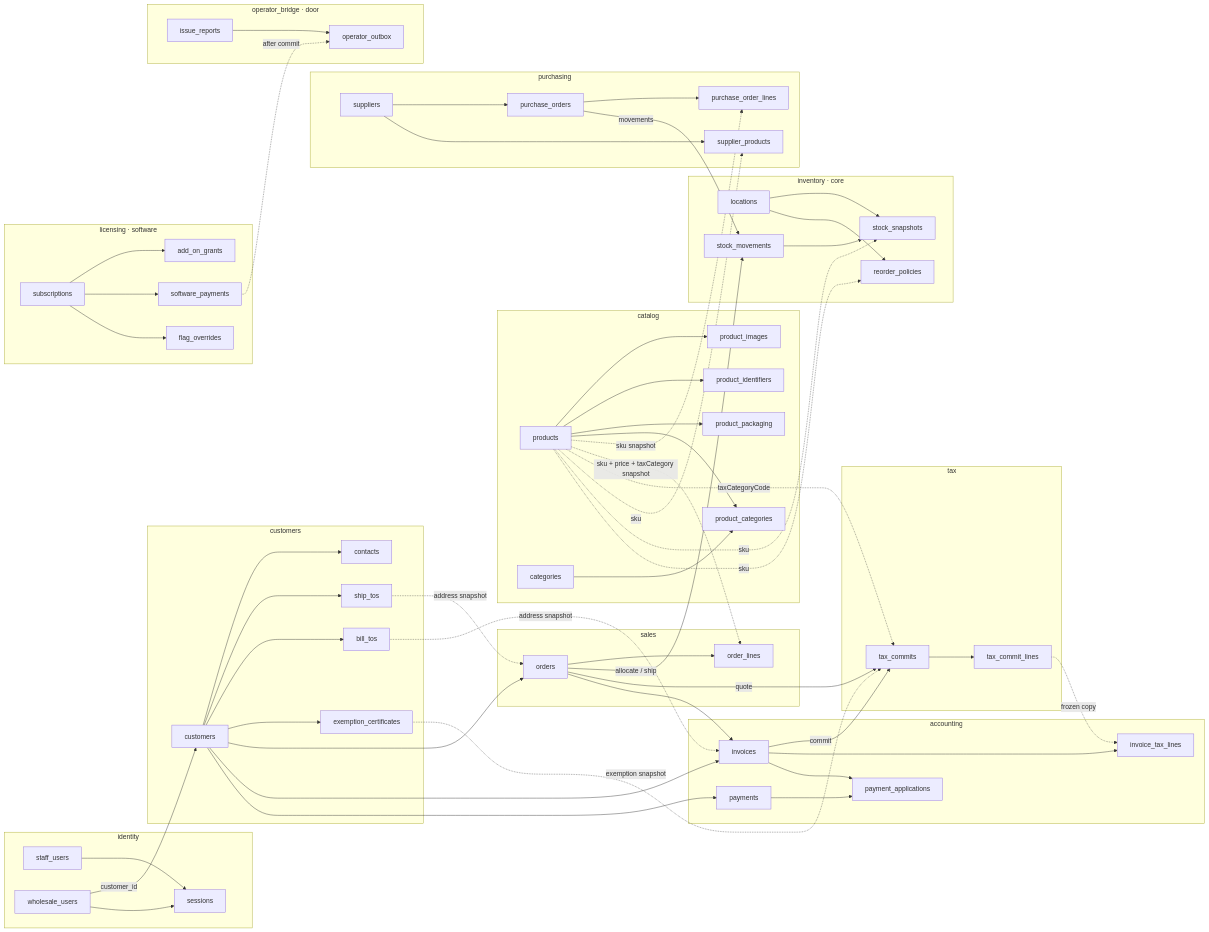
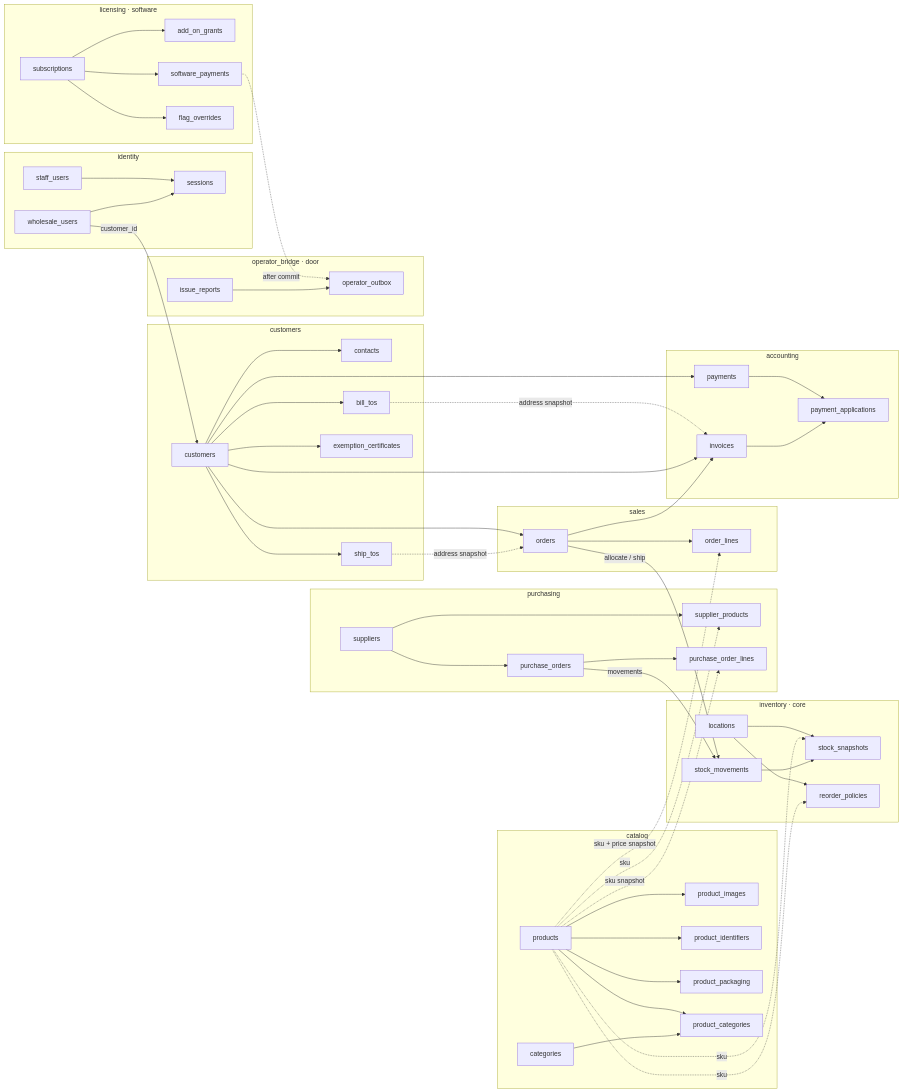
One commit to adamhinckley/dc-inventory changed the first of 3 diagrams in docs/database-design.md. Above: the diagram before and after it, drawn with Mermaid. The commit also changed other lines of this file and 18 other files, not shown here.

```diff
--- a/docs/database-design.md
+++ b/docs/database-design.md
@@ -38,11 +38,6 @@
     exemption_certificates
   end
 
-  subgraph tax["tax"]
-    tax_commits
-    tax_commit_lines
-  end
-
   subgraph inventory["inventory · core"]
     locations
     stock_movements
@@ -64,7 +59,6 @@
 
   subgraph accounting["accounting"]
     invoices
-    invoice_tax_lines
     payments
     payment_applications
   end
@@ -91,8 +85,7 @@
   products --> product_categories
   categories --> product_categories
   products -.->|sku snapshot| purchase_order_lines
-  products -.->|sku + price + taxCategory snapshot| order_lines
-  products -.->|taxCategoryCode| tax_commits
+  products -.->|sku + price snapshot| order_lines
   products -.->|sku| supplier_products
 
   suppliers --> purchase_orders
@@ -112,17 +105,11 @@
   customers_t --> orders
   ship_tos -.->|address snapshot| orders
   bill_tos -.->|address snapshot| invoices
-  exemption_certificates -.->|exemption snapshot| tax_commits
   orders --> order_lines
   orders -->|allocate / ship| stock_movements
-  orders -->|quote| tax_commits
   stock_movements --> stock_snapshots
 
   orders --> invoices
-  invoices -->|commit| tax_commits
-  tax_commits --> tax_commit_lines
-  tax_commit_lines -.->|frozen copy| invoice_tax_lines
-  invoices --> invoice_tax_lines
   customers_t --> invoices
   customers_t --> payments
   payments --> payment_applications
```
